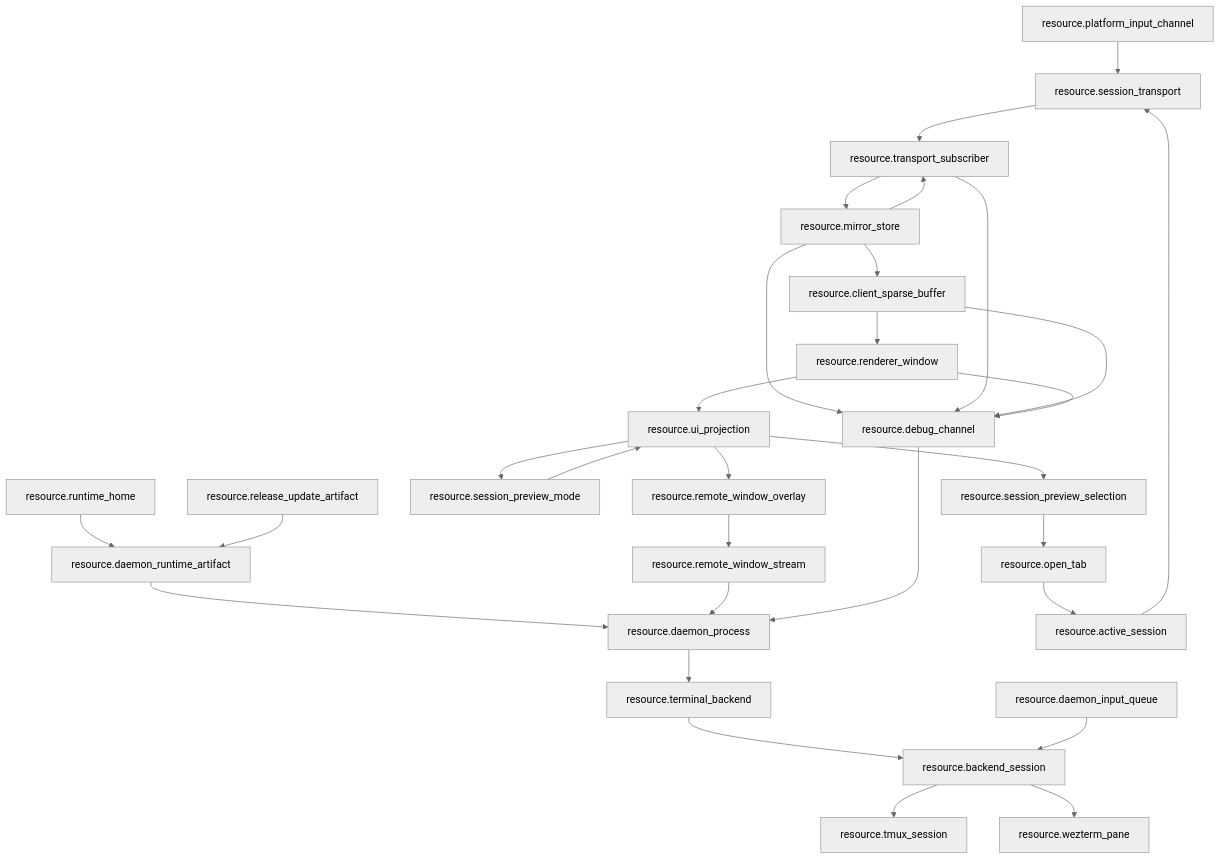
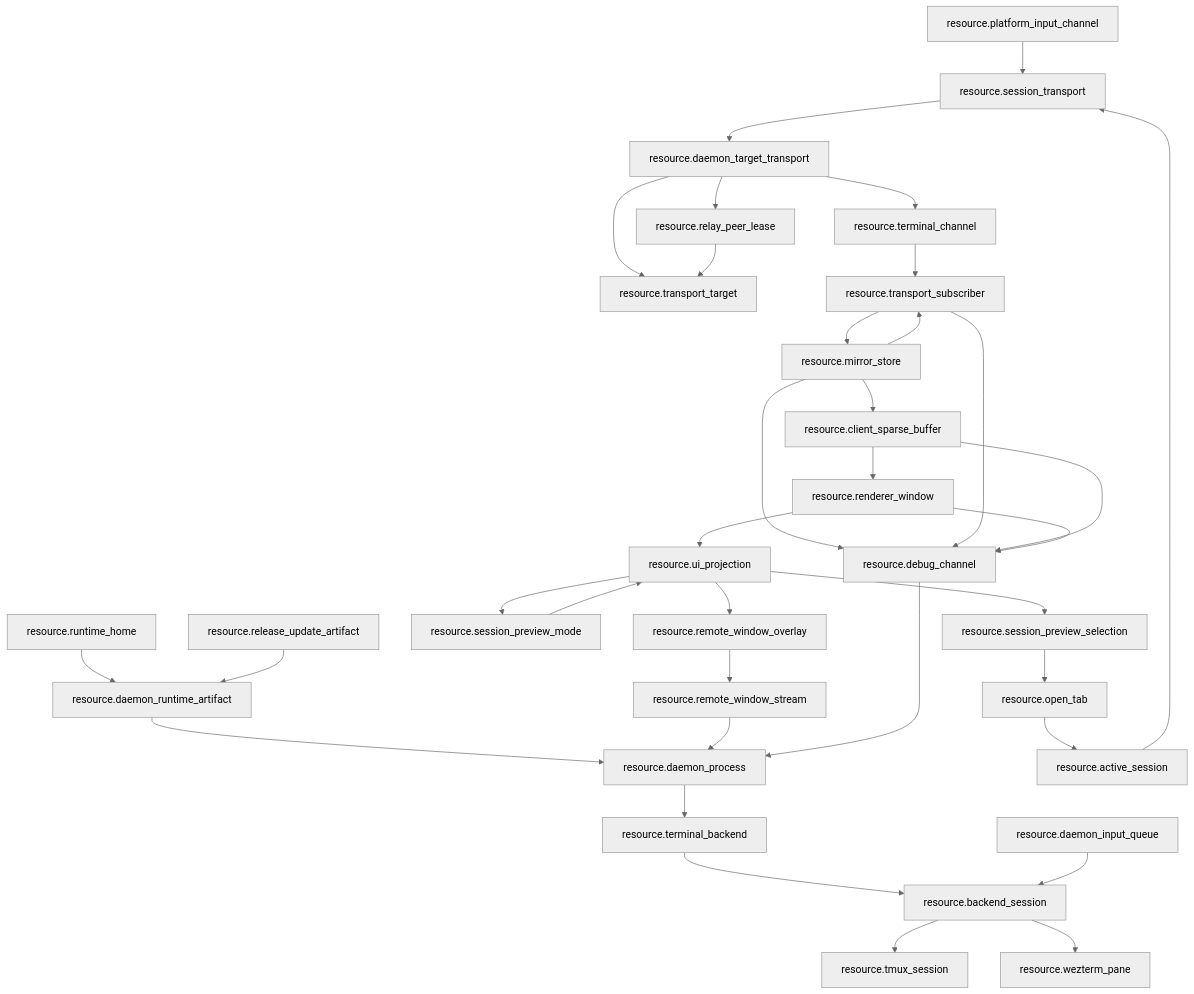
One commit to Jasonzhangf/zterm changed the fifth of 5 diagrams in android/docs/wiki/mainline-source.md. Above: the diagram before and after it, drawn with Mermaid (neutral theme). The commit also changed other lines of this file and 102 other files, not shown here.

Commit message:
fix: stabilize terminal mux transport

````diff
--- a/android/docs/wiki/mainline-source.md
+++ b/android/docs/wiki/mainline-source.md
@@ -133,32 +149,37 @@
 ```mermaid
 flowchart TD
   RuntimeHome["resource.runtime_home"] --> DaemonArtifact["resource.daemon_runtime_artifact"]
   DaemonArtifact --> DaemonProcess["resource.daemon_process"]
   DaemonProcess --> TerminalBackend["resource.terminal_backend"]
   TerminalBackend --> BackendSession["resource.backend_session"]
   BackendSession --> TmuxSession["resource.tmux_session"]
   BackendSession --> WeztermPane["resource.wezterm_pane"]
-  SessionTransport["resource.session_transport"] --> TransportSubscriber["resource.transport_subscriber"]
+  SessionTransport["resource.session_transport"] --> DaemonTargetTransport["resource.daemon_target_transport"]
+  DaemonTargetTransport --> TransportTarget["resource.transport_target"]
+  DaemonTargetTransport --> RelayPeerLease["resource.relay_peer_lease"]
+  RelayPeerLease --> TransportTarget
+  DaemonTargetTransport --> TerminalChannel["resource.terminal_channel"]
+  TerminalChannel --> TransportSubscriber["resource.transport_subscriber"]
   TransportSubscriber --> MirrorStore["resource.mirror_store"]
   MirrorStore --> TransportSubscriber
   MirrorStore --> ClientSparseBuffer["resource.client_sparse_buffer"]
   ClientSparseBuffer --> RendererWindow["resource.renderer_window"]
   RendererWindow --> UiProjection["resource.ui_projection"]
   UiProjection --> PreviewSelection["resource.session_preview_selection"]
   UiProjection --> PreviewMode["resource.session_preview_mode"]
   UiProjection --> RemoteWindowOverlay["resource.remote_window_overlay"]
   RemoteWindowOverlay --> RemoteWindowStream["resource.remote_window_stream"]
   RemoteWindowStream --> DaemonProcess
   PreviewSelection --> OpenTab
   PreviewMode --> UiProjection
   OpenTab["resource.open_tab"] --> ActiveSession["resource.active_session"]
   ActiveSession --> SessionTransport
   PlatformInput["resource.platform_input_channel"] --> SessionTransport
   DaemonInputQueue["resource.daemon_input_queue"] --> BackendSession
   ReleaseArtifact["resource.release_update_artifact"] --> DaemonArtifact
   DebugChannel["resource.debug_channel"] --> DaemonProcess
   MirrorStore --> DebugChannel
   TransportSubscriber --> DebugChannel
   ClientSparseBuffer --> DebugChannel
   RendererWindow --> DebugChannel
 ```
````
